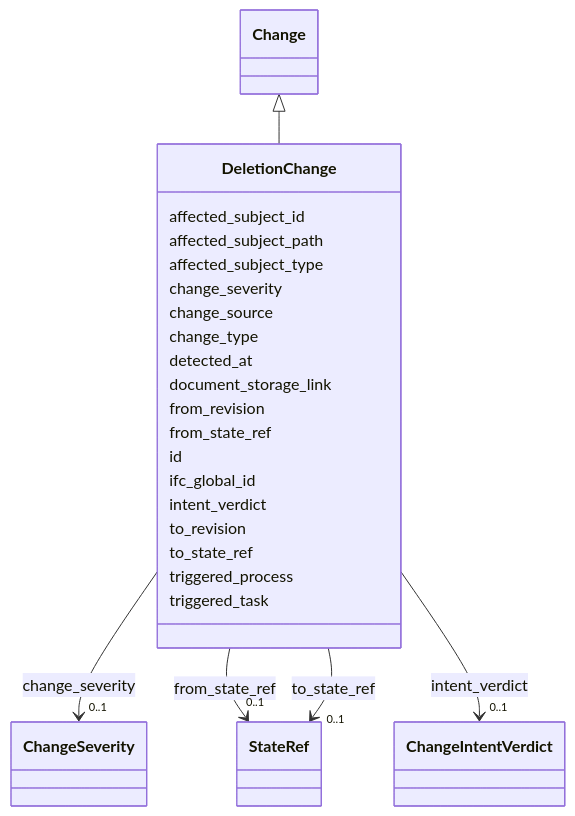
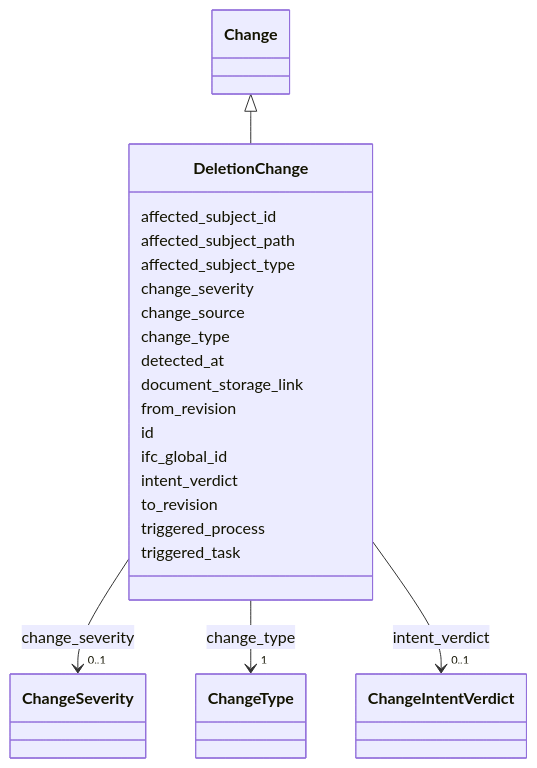
The diagram in latest/schema/DeletionChange.md (simondilhas/pragmatic-bim-data-contract), drawn with Mermaid before and after one commit. The commit also changed other lines of this file and 2590 other files, not shown here.

````diff
--- a/latest/schema/DeletionChange.md
+++ b/latest/schema/DeletionChange.md
@@ -23,79 +23,28 @@
 ```mermaid
  classDiagram
     class DeletionChange
-    click DeletionChange href "../DeletionChange/"
+    click DeletionChange href "./DeletionChange.html"
       Change <|-- DeletionChange
-        click Change href "../Change/"
-      
+        click Change href "./Change.html"
       DeletionChange : affected_subject_id
-        
       DeletionChange : affected_subject_path
-        
       DeletionChange : affected_subject_type
-        
       DeletionChange : change_severity
-        
-          
-    
-        
-        
         DeletionChange --> "0..1" ChangeSeverity : change_severity
-        click ChangeSeverity href "../ChangeSeverity/"
-    
-
-        
+        click ChangeSeverity href "./ChangeSeverity.html"
       DeletionChange : change_source
-        
       DeletionChange : change_type
-        
+        DeletionChange --> "1" ChangeType : change_type
+        click ChangeType href "./ChangeType.html"
       DeletionChange : detected_at
-        
       DeletionChange : document_storage_link
-        
       DeletionChange : from_revision
-        
-      DeletionChange : from_state_ref
-        
-          
-    
-        
-        
-        DeletionChange --> "0..1" StateRef : from_state_ref
-        click StateRef href "../StateRef/"
-    
-
-        
       DeletionChange : id
-        
       DeletionChange : ifc_global_id
-        
       DeletionChange : intent_verdict
-        
-          
-    
-        
-        
         DeletionChange --> "0..1" ChangeIntentVerdict : intent_verdict
-        click ChangeIntentVerdict href "../ChangeIntentVerdict/"
-    
-
-        
+        click ChangeIntentVerdict href "./ChangeIntentVerdict.html"
       DeletionChange : to_revision
-        
-      DeletionChange : to_state_ref
-        
-          
-    
-        
-        
-        DeletionChange --> "0..1" StateRef : to_state_ref
-        click StateRef href "../StateRef/"
-    
-
-        
       DeletionChange : triggered_process
-        
       DeletionChange : triggered_task
-        
-      
 ```
````
